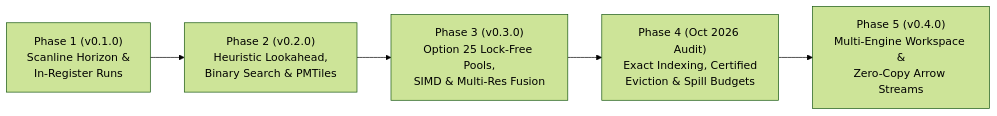
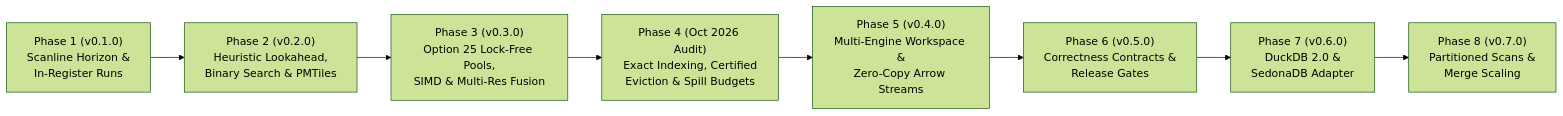
Before and after one commit to dmuldrew/raster_h3: the diagram in docs/architecture-evolution.md, drawn with Mermaid (forest theme). The commit also changed other lines of this file and 1 other file, not shown here.

First line of the commit message:
docs: architecture evolution through v0.7.0; split changelog into 0.6.0 and 0.7.0

````diff
--- a/docs/architecture-evolution.md
+++ b/docs/architecture-evolution.md
@@ -13,7 +13,10 @@
 ```mermaid
 flowchart LR
     P1["Phase 1 (v0.1.0)<br/>Scanline Horizon &<br/>In-Register Runs"] --> P2["Phase 2 (v0.2.0)<br/>Heuristic Lookahead,<br/>Binary Search & PMTiles"]
     P2 --> P3["Phase 3 (v0.3.0)<br/>Option 25 Lock-Free Pools,<br/>SIMD & Multi-Res Fusion"]
     P3 --> P4["Phase 4 (Oct 2026 Audit)<br/>Exact Indexing, Certified<br/>Eviction & Spill Budgets"]
     P4 --> P5["Phase 5 (v0.4.0)<br/>Multi-Engine Workspace &<br/>Zero-Copy Arrow Streams"]
+    P5 --> P6["Phase 6 (v0.5.0)<br/>Correctness Contracts &<br/>Release Gates"]
+    P6 --> P7["Phase 7 (v0.6.0)<br/>DuckDB 2.0 &<br/>SedonaDB Adapter"]
+    P7 --> P8["Phase 8 (v0.7.0)<br/>Partitioned Scans &<br/>Merge Scaling"]
 ```
````
